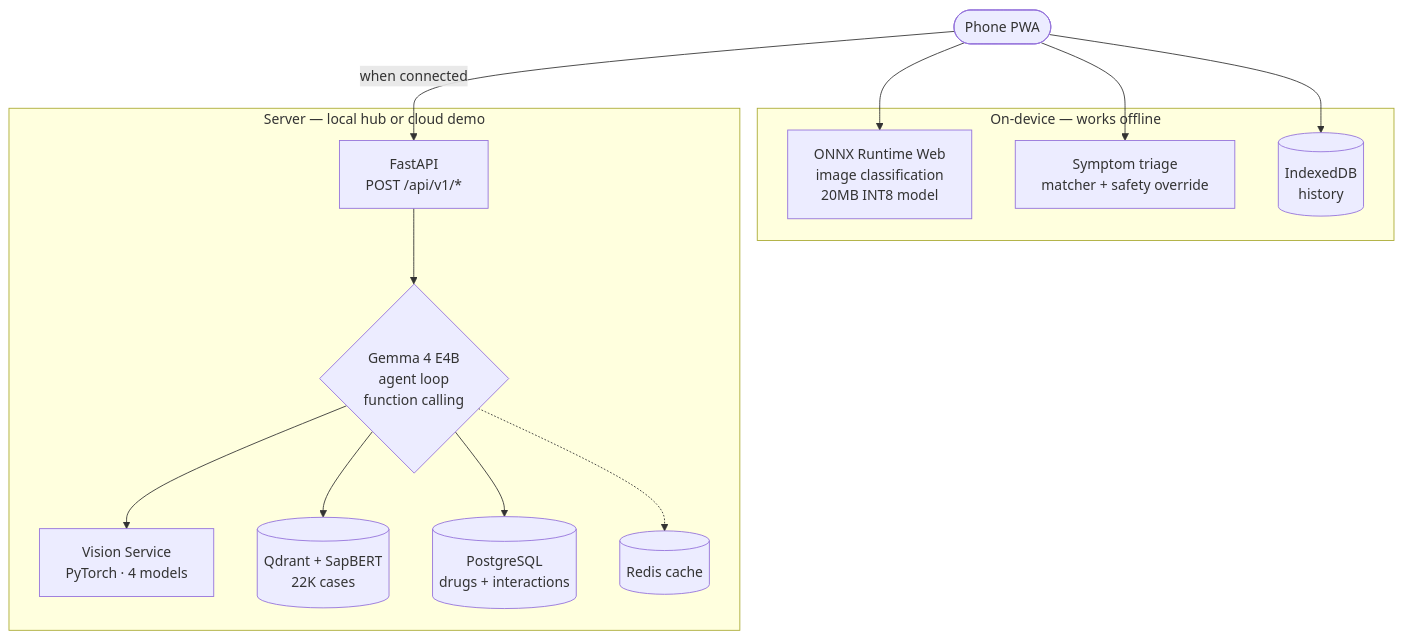
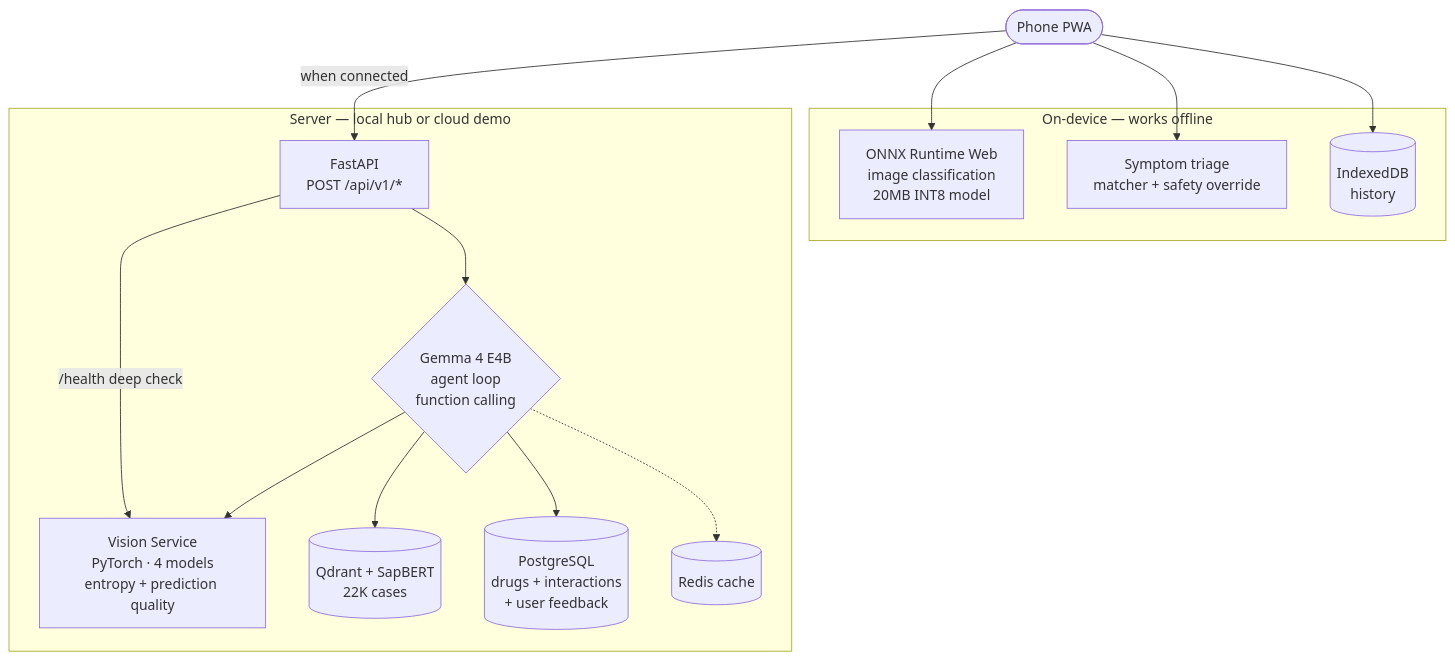
Before and after one commit to ikchain/howl-vision: the diagram in README.md, drawn with Mermaid. The commit also changed other lines of this file, not shown here.

````diff
--- a/README.md
+++ b/README.md
@@ -50,30 +70,31 @@
 ```mermaid
 flowchart TD
     P([Phone PWA])
 
     subgraph OFFLINE["On-device — works offline"]
         ONNX[ONNX Runtime Web<br/>image classification<br/>20MB INT8 model]
         TR[Symptom triage<br/>matcher + safety override]
         IDB[(IndexedDB<br/>history)]
     end
 
     subgraph SERVER["Server — local hub or cloud demo"]
         API[FastAPI<br/>POST /api/v1/*]
         AG{Gemma 4 E4B<br/>agent loop<br/>function calling}
-        VS[Vision Service<br/>PyTorch · 4 models]
+        VS[Vision Service<br/>PyTorch · 4 models<br/>entropy + prediction quality]
         Q[(Qdrant + SapBERT<br/>22K cases)]
-        PG[(PostgreSQL<br/>drugs + interactions)]
+        PG[(PostgreSQL<br/>drugs + interactions<br/>+ user feedback)]
         R[(Redis cache)]
 
         API --> AG
         AG --> VS
         AG --> Q
         AG --> PG
         AG -.-> R
     end
 
     P --> ONNX
     P --> TR
     P --> IDB
     P -->|when connected| API
+    API -->|/health deep check| VS
 ```
````
